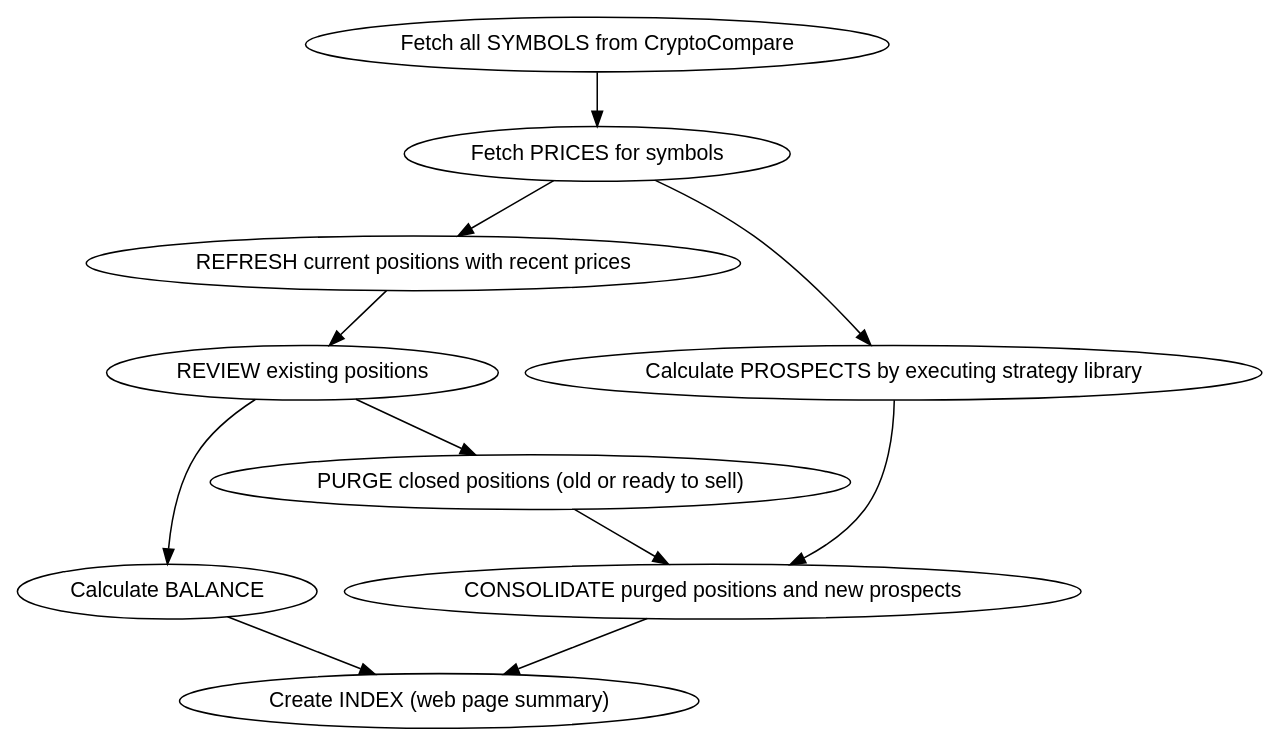
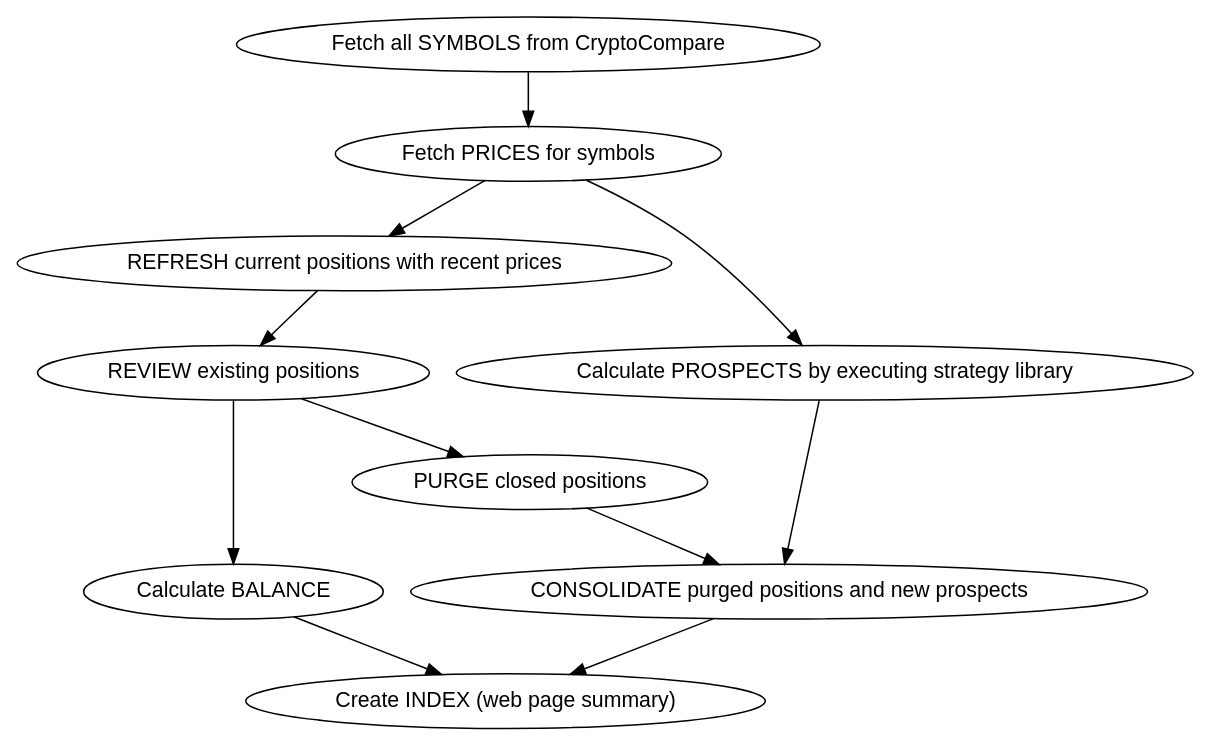
Before and after one commit to deanturpin/handt: the diagram in doc/handt.dot, drawn with Graphviz. The commit also changed 2 other files, not shown here.

```diff
--- a/doc/handt.dot
+++ b/doc/handt.dot
@@ -1,30 +1,30 @@
 digraph {
 
   node [fontname=Helvetica]
 
   review [label="REVIEW existing positions"]
-  purge [label="PURGE closed positions (old or ready to sell)"]
+  purge [label="PURGE closed positions"]
   consolidate [label="CONSOLIDATE purged positions and new prospects"]
   balance [label="Calculate BALANCE"]
   index [label="Create INDEX (web page summary)"]
 
   "Fetch all SYMBOLS from CryptoCompare"
     -> "Fetch PRICES for symbols"
     -> "REFRESH current positions with recent prices"
     -> review
 
   "Fetch PRICES for symbols"
     -> "Calculate PROSPECTS by executing strategy library"
     -> consolidate
 
   // Consolidate takes review and new
   review
     -> purge
     -> consolidate
     -> index
 
   // Balance calculation
   review
     -> balance
     -> index
 }
```
